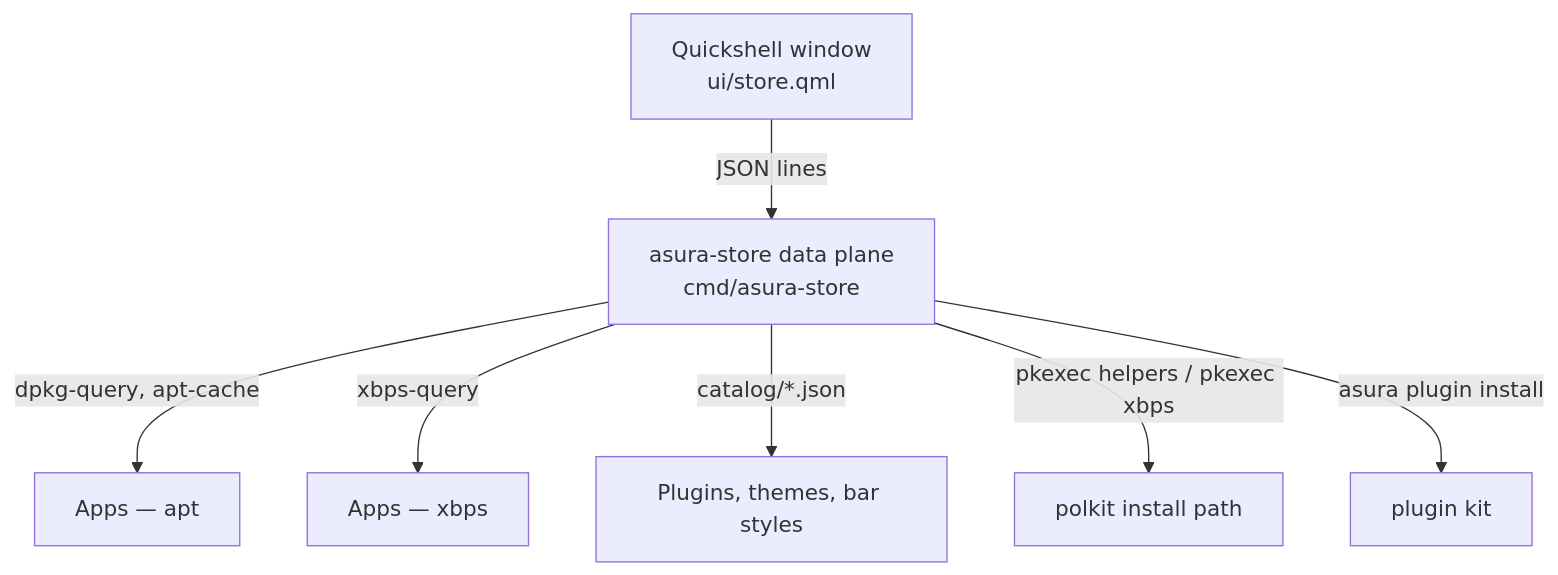
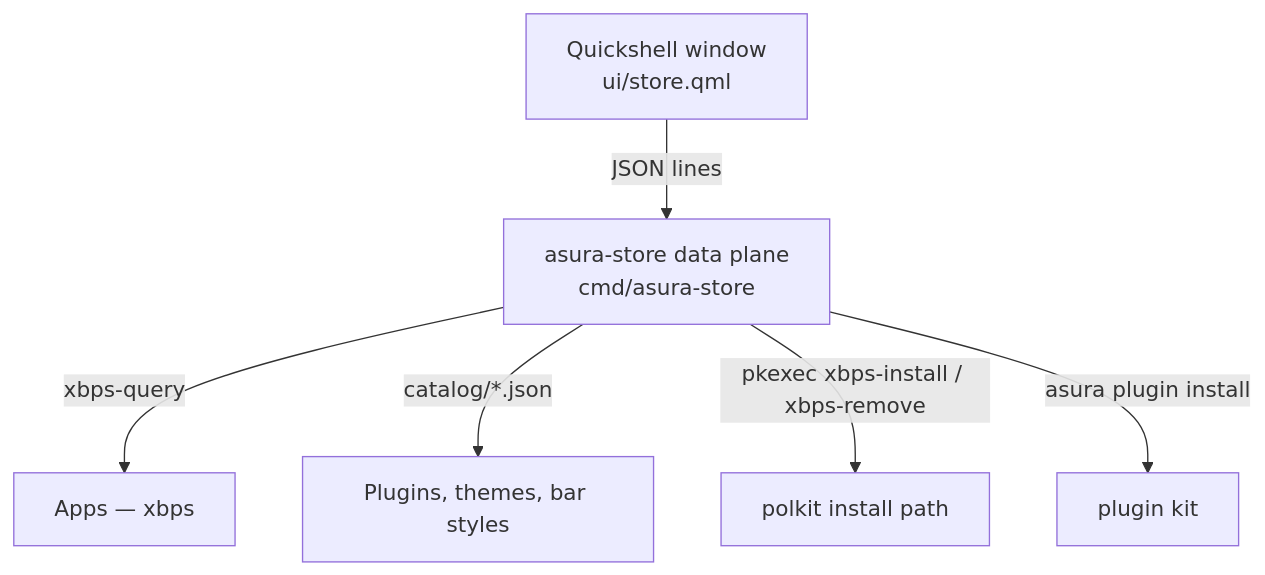
Before and after one commit to ASURA-OS/asura-store: the diagram in README.md, drawn with Mermaid. The commit also changed other lines of this file and 5 other files, not shown here.

````diff
--- a/README.md
+++ b/README.md
@@ -32,9 +32,8 @@
 ```mermaid
 flowchart TD
     W[Quickshell window<br>ui/store.qml] -->|JSON lines| C[asura-store data plane<br>cmd/asura-store]
-    C -->|dpkg-query, apt-cache| APT[Apps — apt]
     C -->|xbps-query| XBPS[Apps — xbps]
     C -->|catalog/*.json| PJ[Plugins, themes, bar styles]
-    C -->|pkexec helpers / pkexec xbps| PKG[polkit install path]
+    C -->|pkexec xbps-install / xbps-remove| PKG[polkit install path]
     C -->|asura plugin install| PLG[plugin kit]
 ```
````
